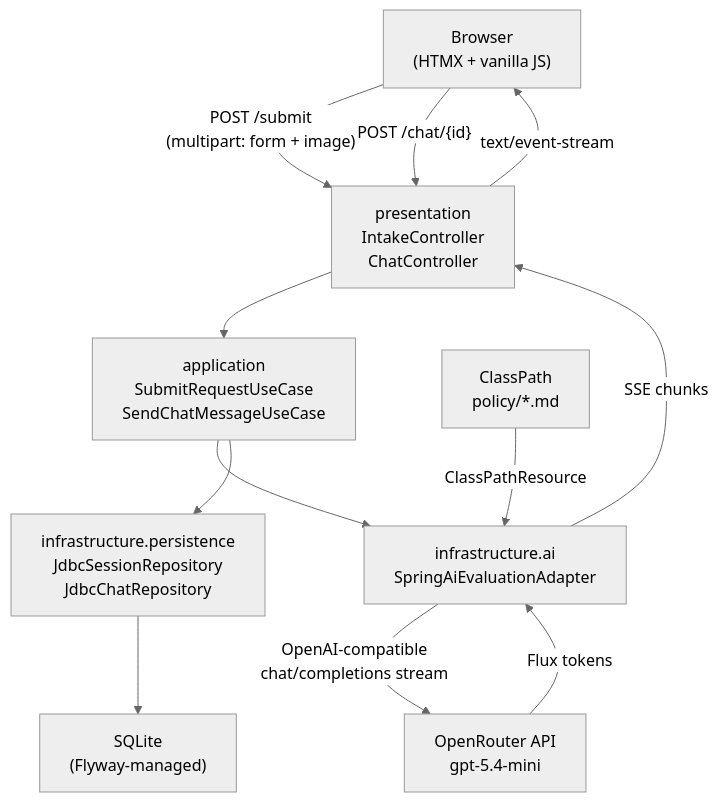
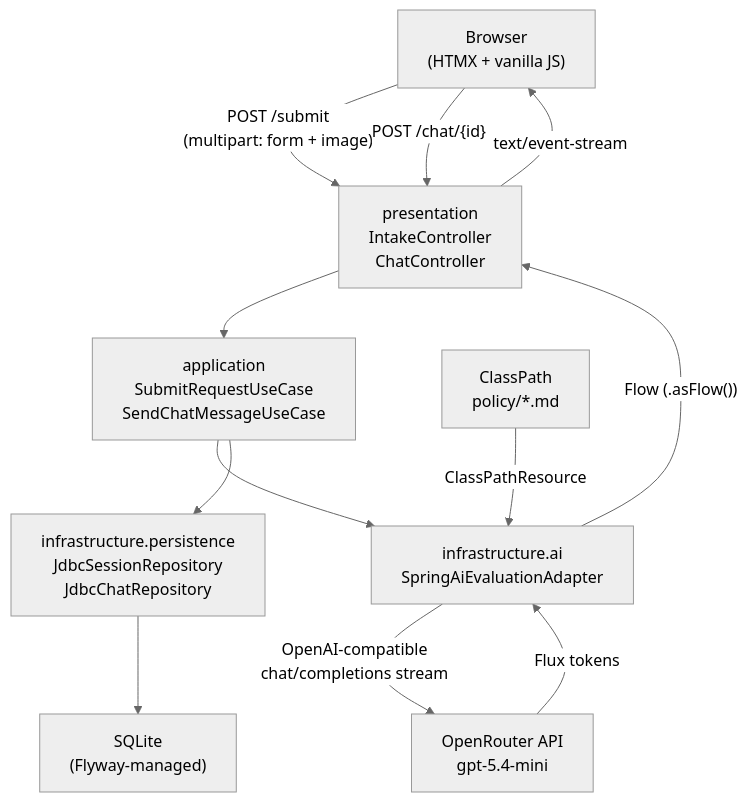
One commit to LucasMatuszewski/JSystems-SilkyCoders-1 changed the third of 5 diagrams in docs/ADR.md. Above: the diagram before and after it, drawn with Mermaid (neutral theme). The commit also changed other lines of this file, not shown here.

````diff
--- a/docs/ADR.md
+++ b/docs/ADR.md
@@ -255,23 +270,23 @@
 ```mermaid
 flowchart TD
     Browser["Browser\n(HTMX + vanilla JS)"]
     Controller["presentation\nIntakeController\nChatController"]
     UseCase["application\nSubmitRequestUseCase\nSendChatMessageUseCase"]
     AI["infrastructure.ai\nSpringAiEvaluationAdapter"]
     Repo["infrastructure.persistence\nJdbcSessionRepository\nJdbcChatRepository"]
     OR["OpenRouter API\ngpt-5.4-mini"]
     DB["SQLite\n(Flyway-managed)"]
     Docs["ClassPath\npolicy/*.md"]
 
     Browser -- "POST /submit\n(multipart: form + image)" --> Controller
     Controller --> UseCase
     UseCase --> AI
     UseCase --> Repo
     AI -- "OpenAI-compatible\nchat/completions stream" --> OR
     OR -- "Flux<String> tokens" --> AI
-    AI -- "SSE chunks" --> Controller
+    AI -- "Flow<String> (.asFlow())" --> Controller
     Controller -- "text/event-stream" --> Browser
     Repo --> DB
     Docs -- "ClassPathResource" --> AI
     Browser -- "POST /chat/{id}" --> Controller
 ```
````
